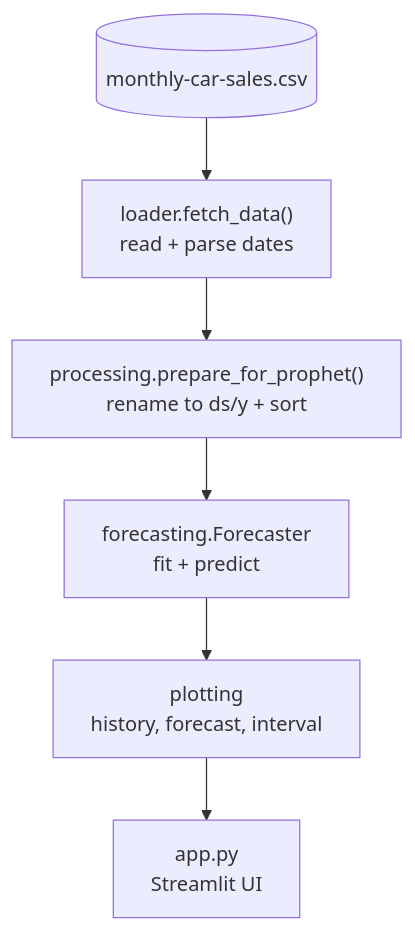
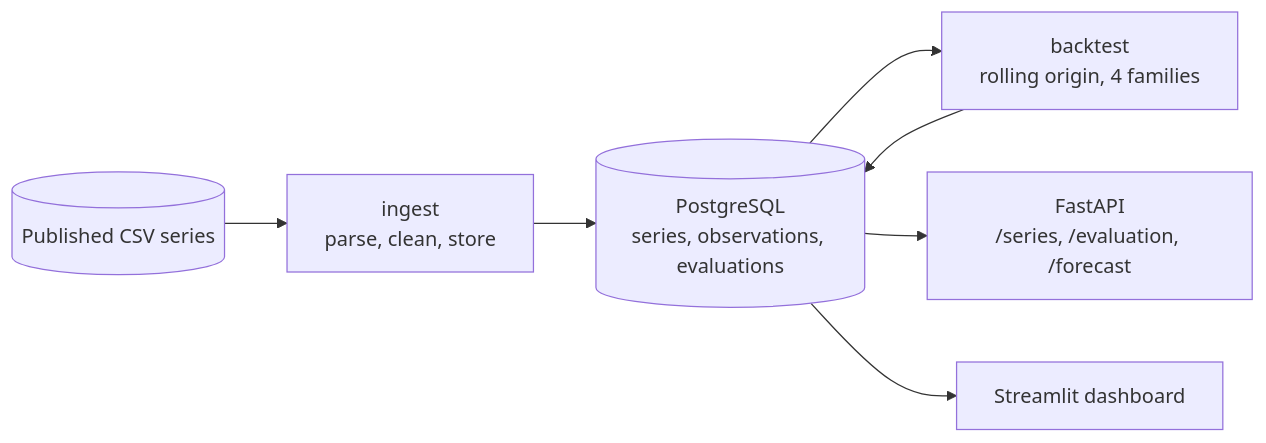
One commit to jorgeasmz/Dashboard-Forecasting changed the diagram in README.md. Above: the diagram before and after it, drawn with Mermaid. The commit also changed other lines of this file and 2 other files, not shown here.

Commit message:
docs: Report the backtest and document the CI database service

````diff
--- a/README.md
+++ b/README.md
@@ -12,9 +98,9 @@
 ```mermaid
-flowchart TD
-    CSV[(monthly-car-sales.csv)]
-    CSV --> LOADER["loader.fetch_data()<br/>read + parse dates"]
-    LOADER --> PROC["processing.prepare_for_prophet()<br/>rename to ds/y + sort"]
-    PROC --> FC["forecasting.Forecaster<br/>fit + predict"]
-    FC --> PLOT["plotting<br/>history, forecast, interval"]
-    PLOT --> APP["app.py<br/>Streamlit UI"]
+flowchart LR
+    SRC[("Published CSV series")] --> ING["ingest<br/>parse, clean, store"]
+    ING --> DB[("PostgreSQL<br/>series, observations, evaluations")]
+    DB --> BT["backtest<br/>rolling origin, 4 families"]
+    BT --> DB
+    DB --> API["FastAPI<br/>/series, /evaluation, /forecast"]
+    DB --> UI["Streamlit dashboard"]
 ```
````
